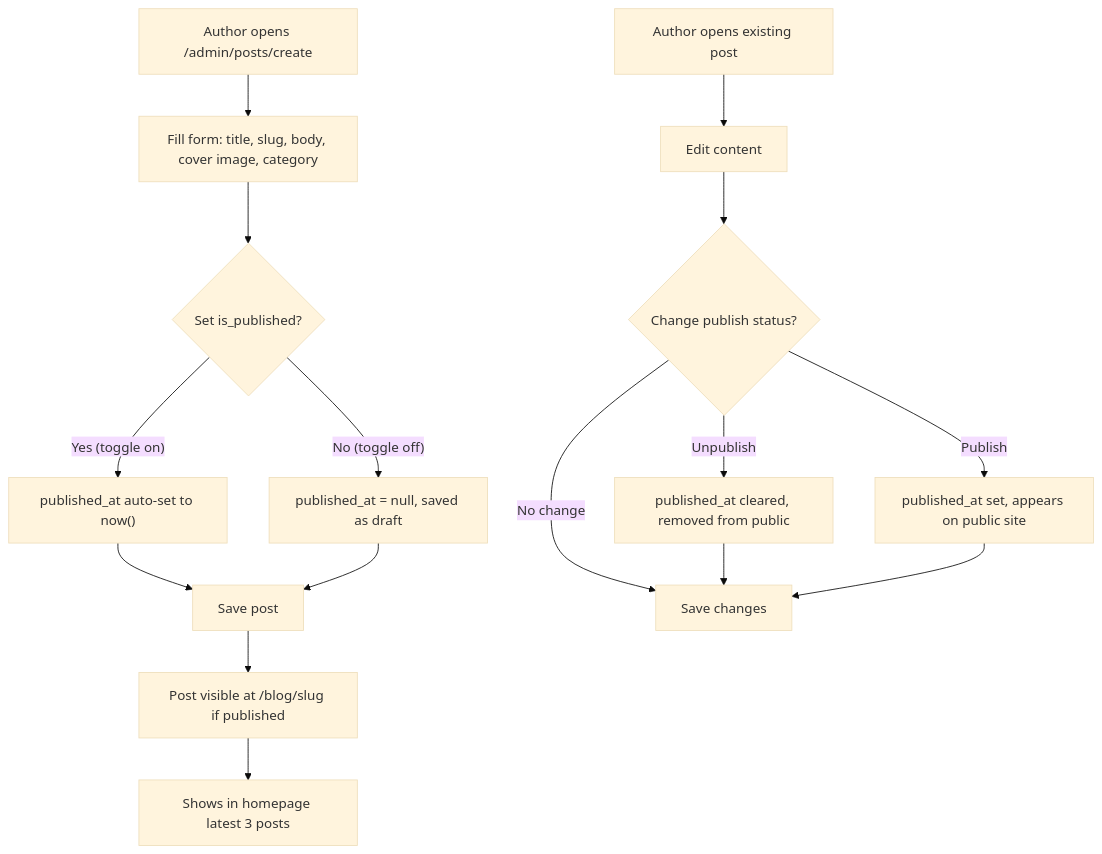
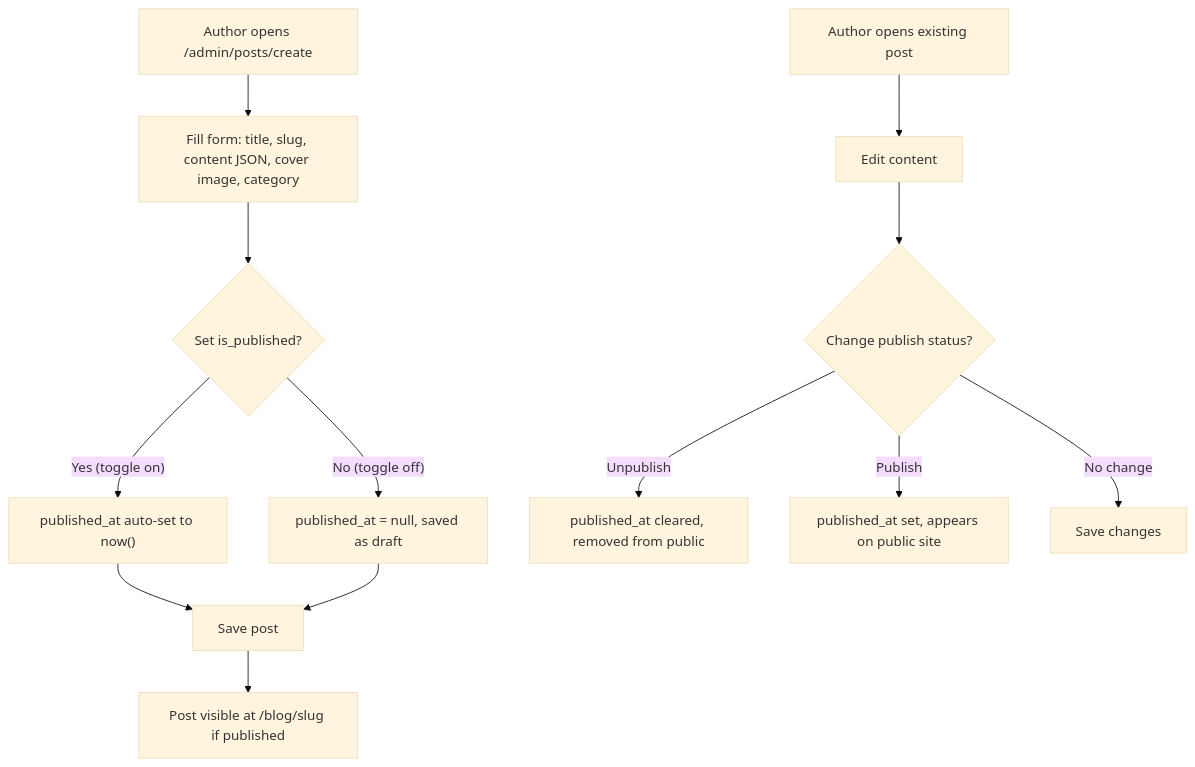
One commit to Madeena-software/madeena-company-profile changed the second of 6 diagrams in docs/PRD.md. Above: the diagram before and after it, drawn with Mermaid (base theme). The commit also changed other lines of this file, not shown here.

Commit message:
docs: update PRD to reflect transition to drag-and-drop page builder and academic content system

````diff
--- a/docs/PRD.md
+++ b/docs/PRD.md
@@ -271,19 +238,16 @@
 ```mermaid
 flowchart TD
-    A["Author opens /admin/posts/create"] --> B["Fill form: title, slug, body, cover image, category"]
+    A["Author opens /admin/posts/create"] --> B["Fill form: title, slug, content JSON, cover image, category"]
     B --> C{"Set is_published?"}
     C -- "Yes (toggle on)" --> D["published_at auto-set to now()"]
     C -- "No (toggle off)" --> E["published_at = null, saved as draft"]
     D --> F["Save post"]
     E --> F
     F --> G["Post visible at /blog/slug if published"]
-    G --> H["Shows in homepage latest 3 posts"]
     
     I["Author opens existing post"] --> J["Edit content"]
     J --> K{"Change publish status?"}
     K -- "Unpublish" --> L["published_at cleared, removed from public"]
     K -- "Publish" --> M["published_at set, appears on public site"]
     K -- "No change" --> N["Save changes"]
-    L --> N
-    M --> N
 ```
````
